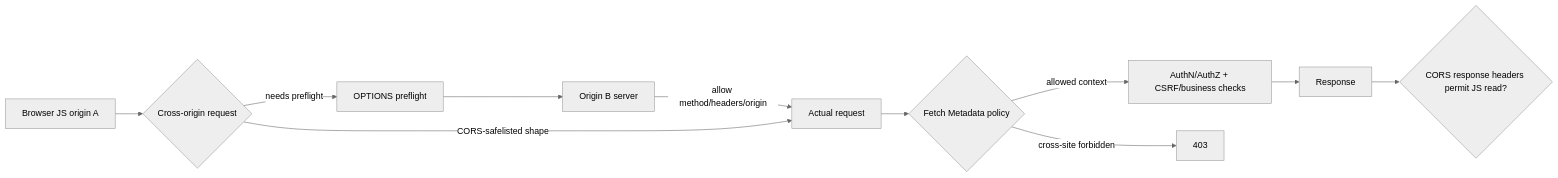
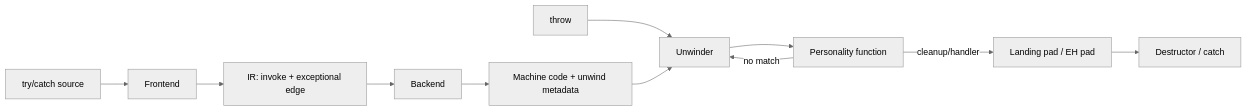
One commit to cebrailbagatarhan/software-engineering-interview-roadmap changed the second of 2 diagrams in daily/2026-09-22/18-00.md. Above: the diagram before and after it, drawn with Mermaid (neutral theme). The commit also changed other lines of this file, not shown here.

````diff
--- a/daily/2026-09-22/18-00.md
+++ b/daily/2026-09-22/18-00.md
@@ -81,13 +82,13 @@
 ```mermaid
 flowchart LR
-  JS[Browser JS origin A] --> Q{Cross-origin request}
-  Q -->|needs preflight| O[OPTIONS preflight]
-  O --> S[Origin B server]
-  S -->|allow method/headers/origin| A[Actual request]
-  Q -->|CORS-safelisted shape| A
-  A --> F{Fetch Metadata policy}
-  F -->|allowed context| H[AuthN/AuthZ + CSRF/business checks]
-  F -->|cross-site forbidden| X[403]
-  H --> R[Response]
-  R --> B{CORS response headers permit JS read?}
+  S[try/catch source] --> F[Frontend]
+  F --> I[IR: invoke + exceptional edge]
+  I --> B[Backend]
+  B --> M[Machine code + unwind metadata]
+  T[throw] --> U[Unwinder]
+  M --> U
+  U --> P[Personality function]
+  P -->|no match| U
+  P -->|cleanup/handler| L[Landing pad / EH pad]
+  L --> C[Destructor / catch]
 ```
````
